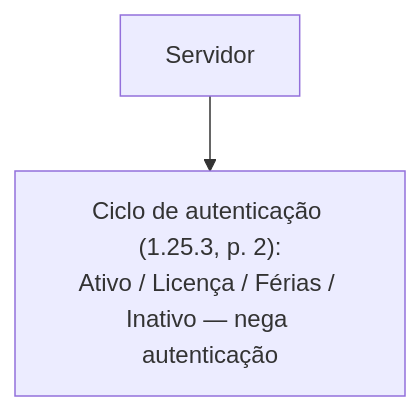
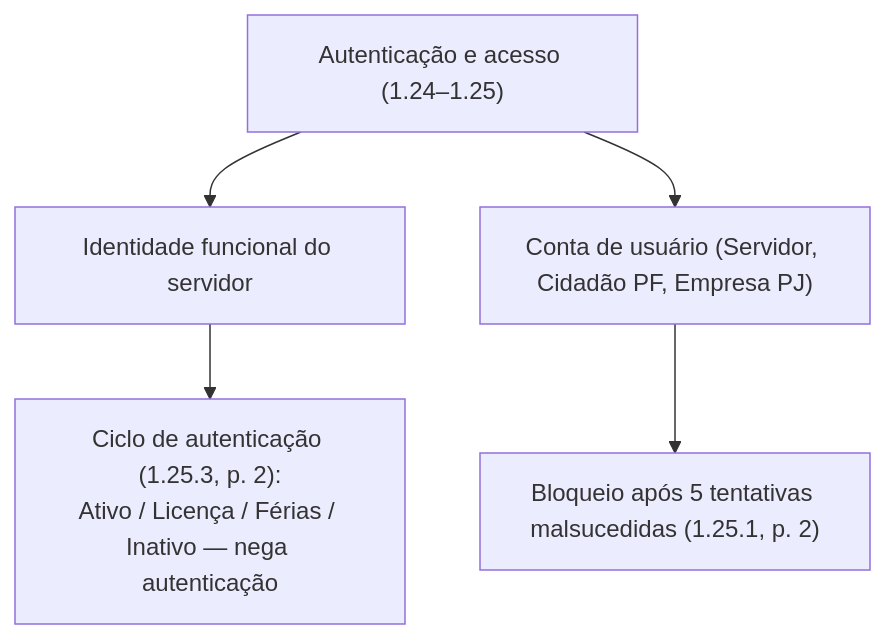
Before and after one commit to RafaCartaxo/brainwork: the diagram in QA Workspace/02 Demandas/DEV/SGV-11262 - [QA-Automação] Termo de Referência SOGOV/SGV-12082 - Mapeamento de atores e modelo do preset do TR/01 Modelo do preset/Seções do TR/02 - Autenticação e ciclo de vida da identidade (1.24–1.25).md, drawn with Mermaid. The commit also changed 4 other files, not shown here.

````diff
--- a/QA Workspace/02 Demandas/DEV/SGV-11262 - [QA-Automação] Termo de Referência SOGOV/SGV-12082 - Mapeamento de atores e modelo do preset do TR/01 Modelo do preset/Seções do TR/02 - Autenticação e ciclo de vida da identidade (1.24–1.25).md
+++ b/QA Workspace/02 Demandas/DEV/SGV-11262 - [QA-Automação] Termo de Referência SOGOV/SGV-12082 - Mapeamento de atores e modelo do preset do TR/01 Modelo do preset/Seções do TR/02 - Autenticação e ciclo de vida da identidade (1.24–1.25).md
@@ -20,4 +20,7 @@
 ```mermaid
 flowchart TB
-    Servidor["Servidor"] --> Autenticacao["Ciclo de autenticação (1.25.3, p. 2):<br/>Ativo / Licença / Férias / Inativo — nega autenticação"]
+    Raiz["Autenticação e acesso (1.24–1.25)"] --> IdentidadeFuncional["Identidade funcional do servidor"]
+    IdentidadeFuncional --> Autenticacao["Ciclo de autenticação (1.25.3, p. 2):<br/>Ativo / Licença / Férias / Inativo — nega autenticação"]
+    Raiz --> ContaUsuario["Conta de usuário (Servidor, Cidadão PF, Empresa PJ)"]
+    ContaUsuario --> Bloqueio["Bloqueio após 5 tentativas malsucedidas (1.25.1, p. 2)"]
 ```
````
